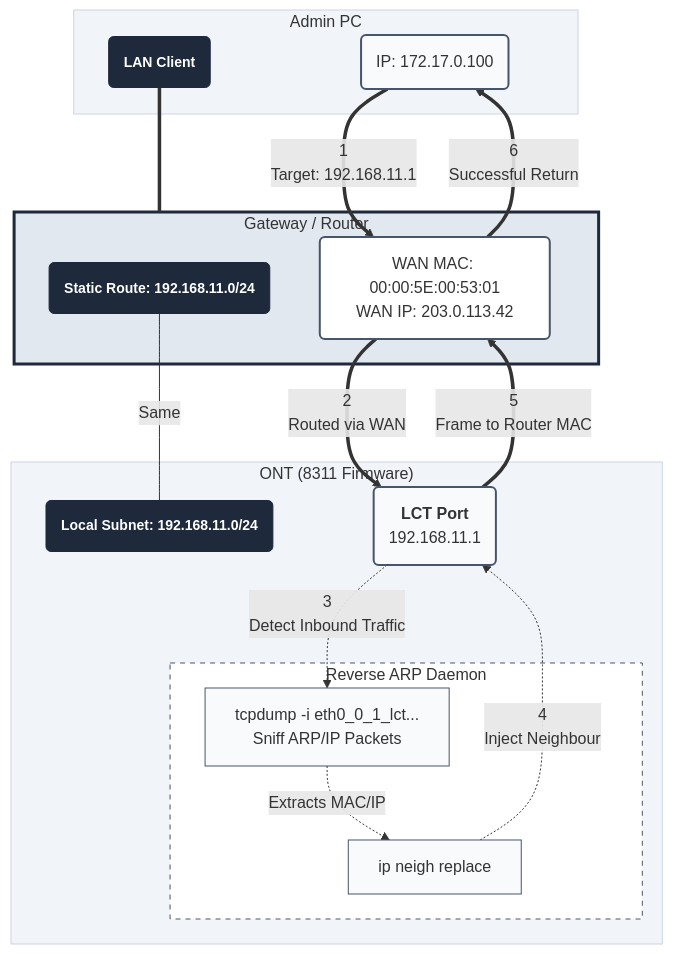
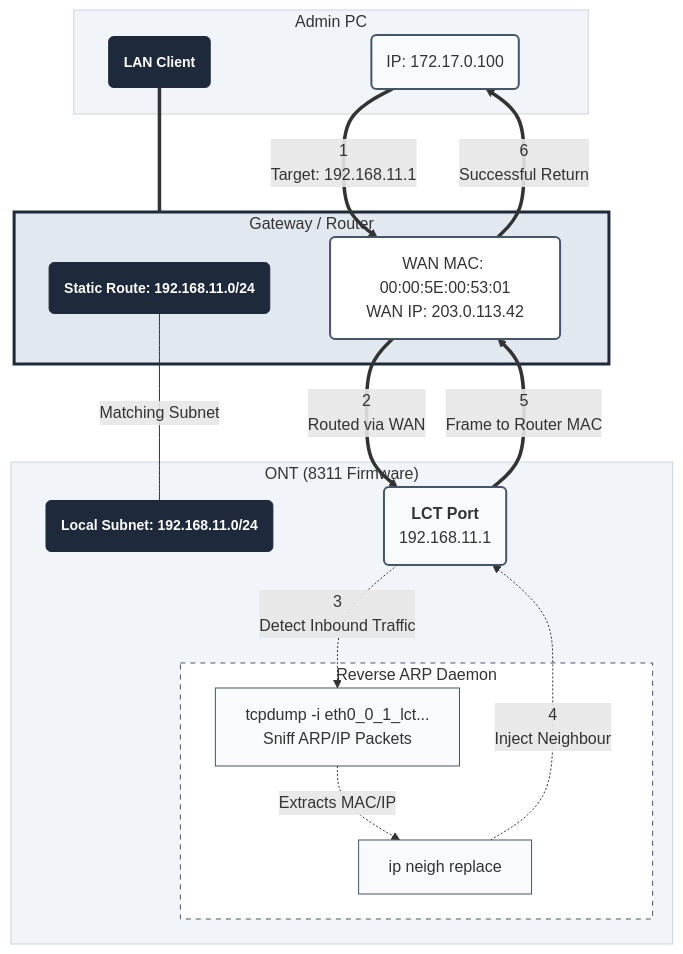
The third of 3 diagrams in docs/posts/accessing-the-ont.md (up-n-atom/8311), drawn with Mermaid before and after one commit. The commit also changed other lines of this file, not shown here.

Commit message:
post 19: adjust mermaid labels

````diff
--- a/docs/posts/accessing-the-ont.md
+++ b/docs/posts/accessing-the-ont.md
@@ -531,45 +531,45 @@
 ``` mermaid
 graph TD
   classDef linkNode fill:#f8fafc,stroke:#475569,stroke-width:2px
   classDef titleNode fill:#1e293b,stroke:#1e293b,font-weight:bold,font-size:14px
   classDef routeNode fill:#fff,stroke:#475569,stroke-width:2px
   classDef logicNode fill:#f8fafc,stroke:#475569,stroke-width:1px
 
   subgraph LAN_Group ["Admin PC"]
     PC_Title("<font color=white>LAN Client"):::titleNode
     PC("IP: 172.17.0.100"):::linkNode
   end
 
   subgraph GW_Group ["Gateway / Router"]
     GW_Title("<font color=white>Static Route: 192.168.11.0/24"):::titleNode
     GW("WAN MAC: 00:00:5E:00:53:01<br/>WAN IP: 203.0.113.42"):::routeNode
   end
 
   subgraph ONT_Group ["ONT (8311 Firmware)"]
     O_Title("<font color=white>Local Subnet: 192.168.11.0/24"):::titleNode
     ONT("<b>LCT Port</b><br/>192.168.11.1"):::linkNode
 
     subgraph Daemon ["Reverse ARP Daemon"]
       TCPDUMP["tcpdump -i eth0_0_1_lct...<br/>Sniff ARP/IP Packets"]:::logicNode
       IP_NEIGH["ip neigh replace"]:::logicNode
     end
 
     ONT -.->|"3<br/>Detect Inbound Traffic"| TCPDUMP
     TCPDUMP -.-> |Extracts MAC/IP| IP_NEIGH
     IP_NEIGH -.->|"4<br/>Inject Neighbour"| ONT
   end
 
   PC_Title === GW_Group
-  GW_Title --- |Same| O_Title
+  GW_Title --- |Matching Subnet| O_Title
 
   PC ==> |"1<br/>Target: 192.168.11.1"| GW
   GW ==> |"2<br/>Routed via WAN"| ONT
 
   ONT ==> |"5<br/>Frame to Router MAC"| GW
   GW ==> |"6<br/>Successful Return"| PC
 
   style LAN_Group fill:#f1f5f9,stroke:#cbd5e1,stroke-width:1px
   style GW_Group fill:#e2e8f0,stroke:#1e293b,stroke-width:3px
   style ONT_Group fill:#f1f5f9,stroke:#cbd5e1,stroke-width:1px
   style Daemon fill:#fff,stroke:#475569,stroke-dasharray: 5 5,stroke-width:1px
 ```
````
